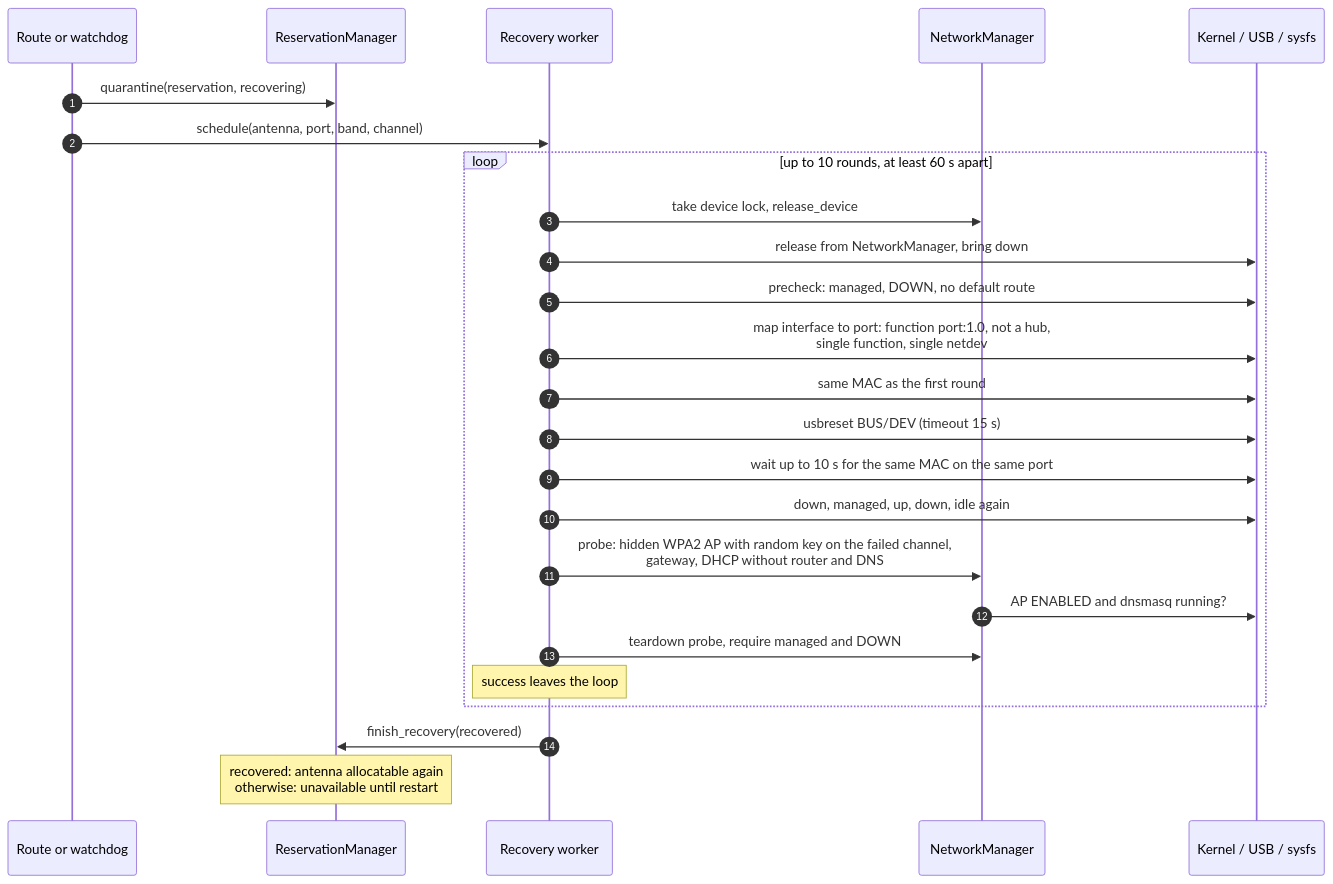
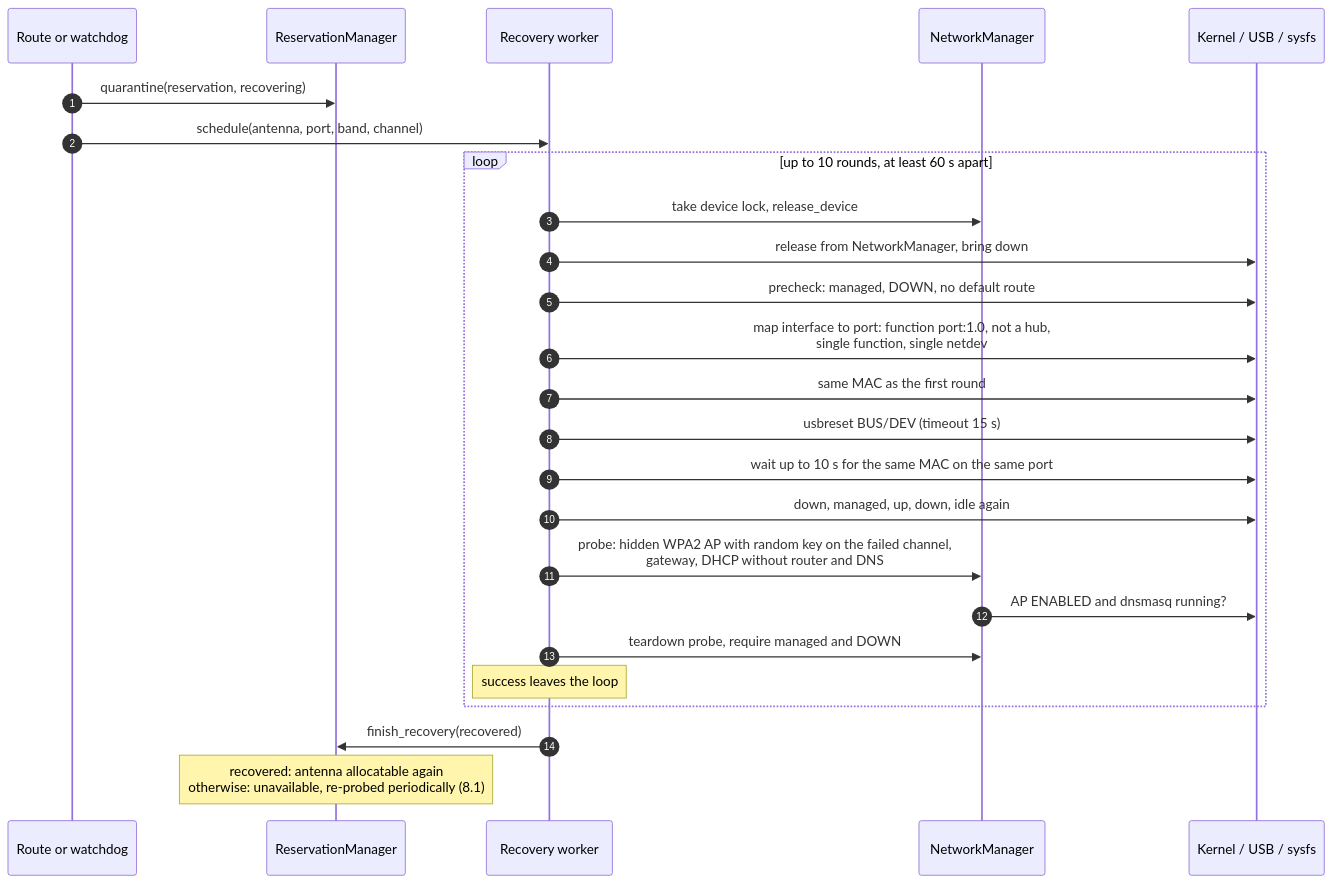
Diagram 12 of 14 in docs/architecture.md (caporalesimone/wi-lab), drawn with Mermaid before and after one commit. The commit also changed other lines of this file and 14 other files, not shown here.

````diff
--- a/docs/architecture.md
+++ b/docs/architecture.md
@@ -600,28 +622,28 @@
 ```mermaid
 sequenceDiagram
     autonumber
     participant RT as Route or watchdog
     participant RM as ReservationManager
     participant WK as Recovery worker
     participant NM as NetworkManager
     participant K as Kernel / USB / sysfs
 
     RT->>RM: quarantine(reservation, recovering)
     RT->>WK: schedule(antenna, port, band, channel)
     loop up to 10 rounds, at least 60 s apart
         WK->>NM: take device lock, release_device
         WK->>K: release from NetworkManager, bring down
         WK->>K: precheck: managed, DOWN, no default route
         WK->>K: map interface to port: function port:1.0, not a hub,<br/>single function, single netdev
         WK->>K: same MAC as the first round
         WK->>K: usbreset BUS/DEV (timeout 15 s)
         WK->>K: wait up to 10 s for the same MAC on the same port
         WK->>K: down, managed, up, down, idle again
         WK->>NM: probe: hidden WPA2 AP with random key on the failed channel,<br/>gateway, DHCP without router and DNS
         NM->>K: AP ENABLED and dnsmasq running?
         WK->>NM: teardown probe, require managed and DOWN
         Note over WK: success leaves the loop
     end
     WK->>RM: finish_recovery(recovered)
-    Note over RM: recovered: antenna allocatable again<br/>otherwise: unavailable until restart
+    Note over RM: recovered: antenna allocatable again<br/>otherwise: unavailable, re-probed periodically (8.1)
 ```
````
